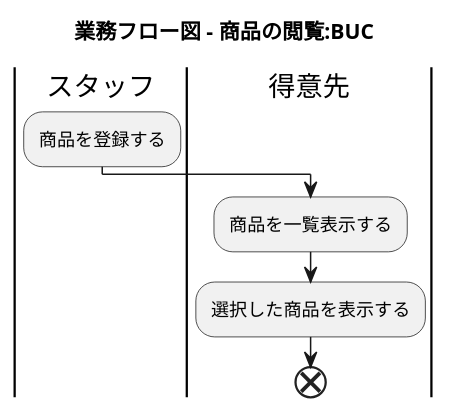
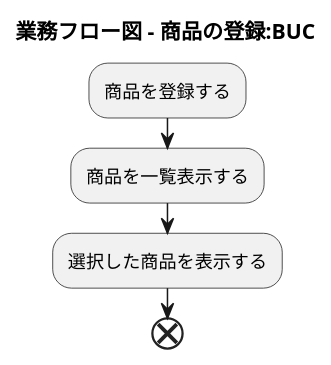
One commit to k2works/application_programing_excercise_2022 changed the eighth of 32 diagrams in docs/index.adoc. Above: the diagram before and after it, drawn with PlantUML. The commit also changed other lines of this file, not shown here.

Commit message:
docs: ユースケース複合図

```diff
--- a/docs/index.adoc
+++ b/docs/index.adoc
@@ -321,17 +320,15 @@
 [plantuml]
 ----
 @startuml
 
-title 業務フロー図 - 商品の閲覧:BUC
+title 業務フロー図 - 商品の登録:BUC
 
 |スタッフ|
 :商品を登録する;
-
-|得意先|
 :商品を一覧表示する;
 :選択した商品を表示する;
 
 end
 
 @enduml
 ----
```
